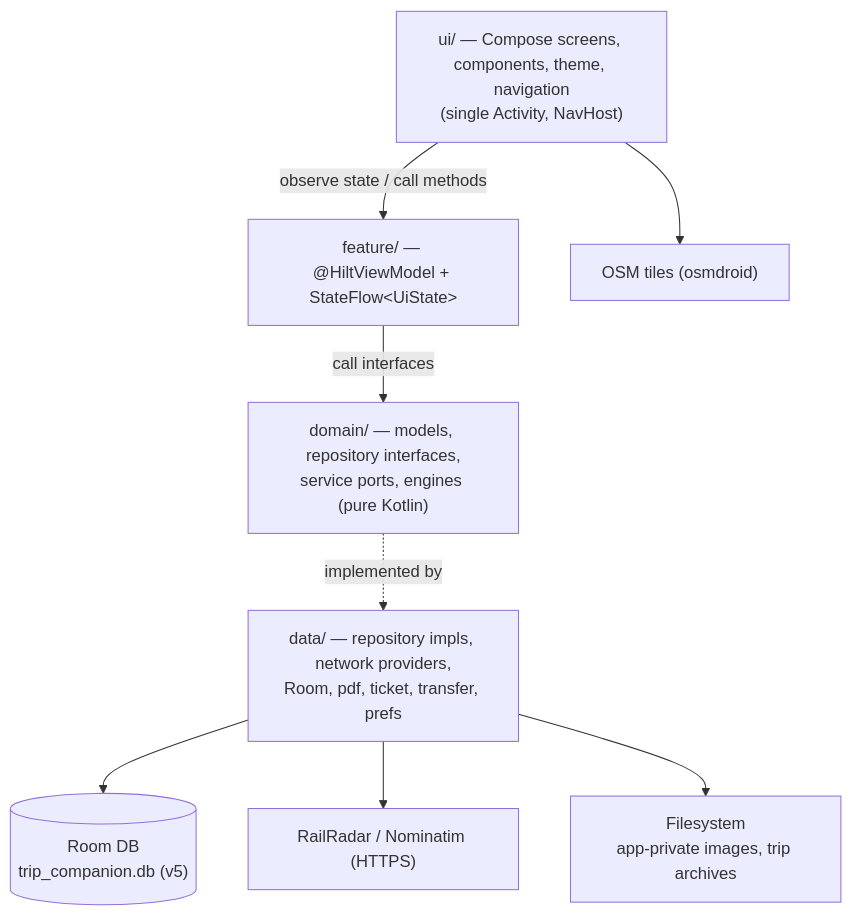
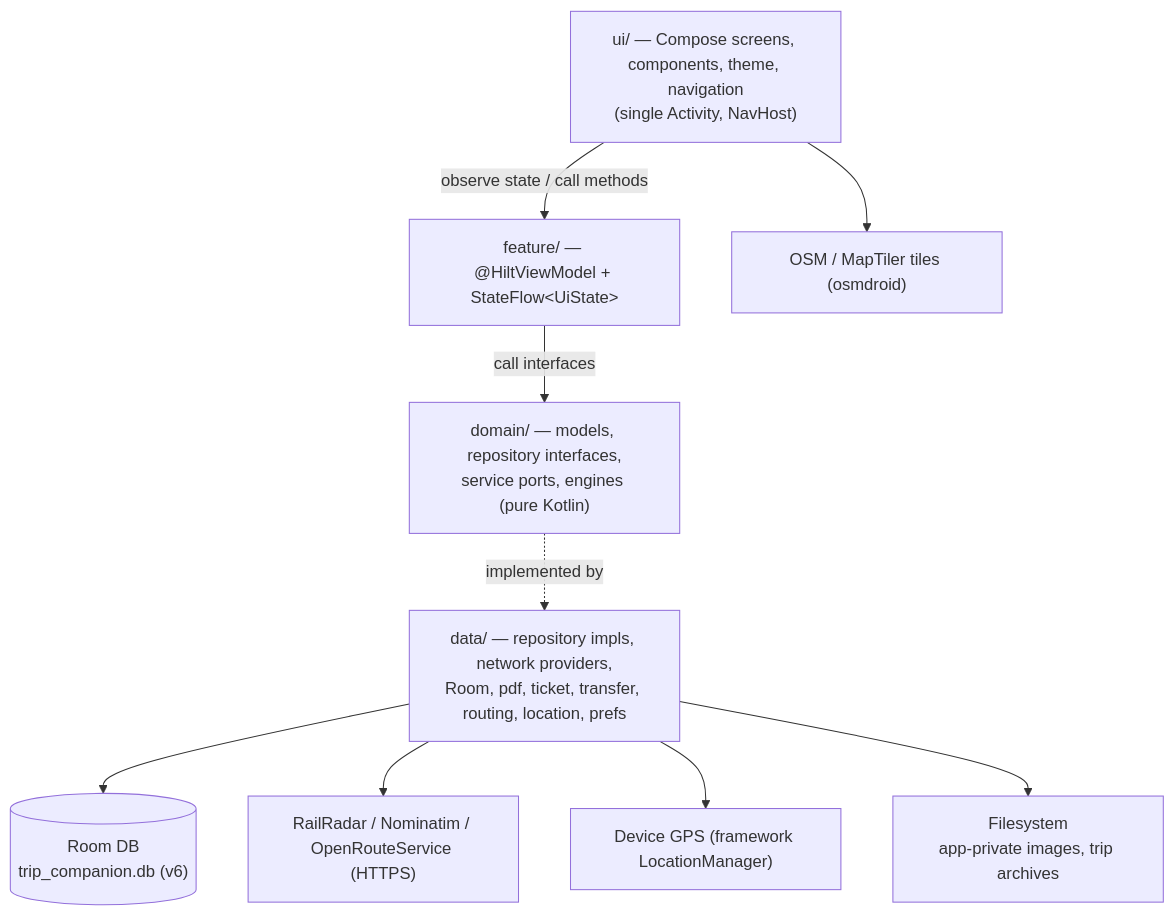
The first of 2 diagrams in docs/ARCHITECTURE.md (Agam-Ramteke/TripCompanion), drawn with Mermaid before and after one commit. The commit also changed other lines of this file and 21 other files, not shown here.

First line of the commit message:
Redesign Trip Map into a unified premium travel HUD

````diff
--- a/docs/ARCHITECTURE.md
+++ b/docs/ARCHITECTURE.md
@@ -15,19 +16,21 @@
 ```mermaid
 flowchart TD
     UI["ui/ — Compose screens, components, theme, navigation<br/>(single Activity, NavHost)"]
     VM["feature/ — @HiltViewModel + StateFlow&lt;UiState&gt;"]
     DOM["domain/ — models, repository interfaces,<br/>service ports, engines (pure Kotlin)"]
-    DATA["data/ — repository impls, network providers,<br/>Room, pdf, ticket, transfer, prefs"]
-    ROOM[("Room DB<br/>trip_companion.db (v5)")]
-    NET["RailRadar / Nominatim (HTTPS)"]
-    TILES["OSM tiles (osmdroid)"]
+    DATA["data/ — repository impls, network providers,<br/>Room, pdf, ticket, transfer, routing, location, prefs"]
+    ROOM[("Room DB<br/>trip_companion.db (v6)")]
+    NET["RailRadar / Nominatim / OpenRouteService (HTTPS)"]
+    TILES["OSM / MapTiler tiles (osmdroid)"]
+    GPS["Device GPS (framework LocationManager)"]
     FS["Filesystem<br/>app-private images, trip archives"]
 
     UI -->|observe state / call methods| VM
     VM -->|call interfaces| DOM
     DOM -.implemented by.-> DATA
     DATA --> ROOM
     DATA --> NET
+    DATA --> GPS
     UI --> TILES
     DATA --> FS
 ```
````
